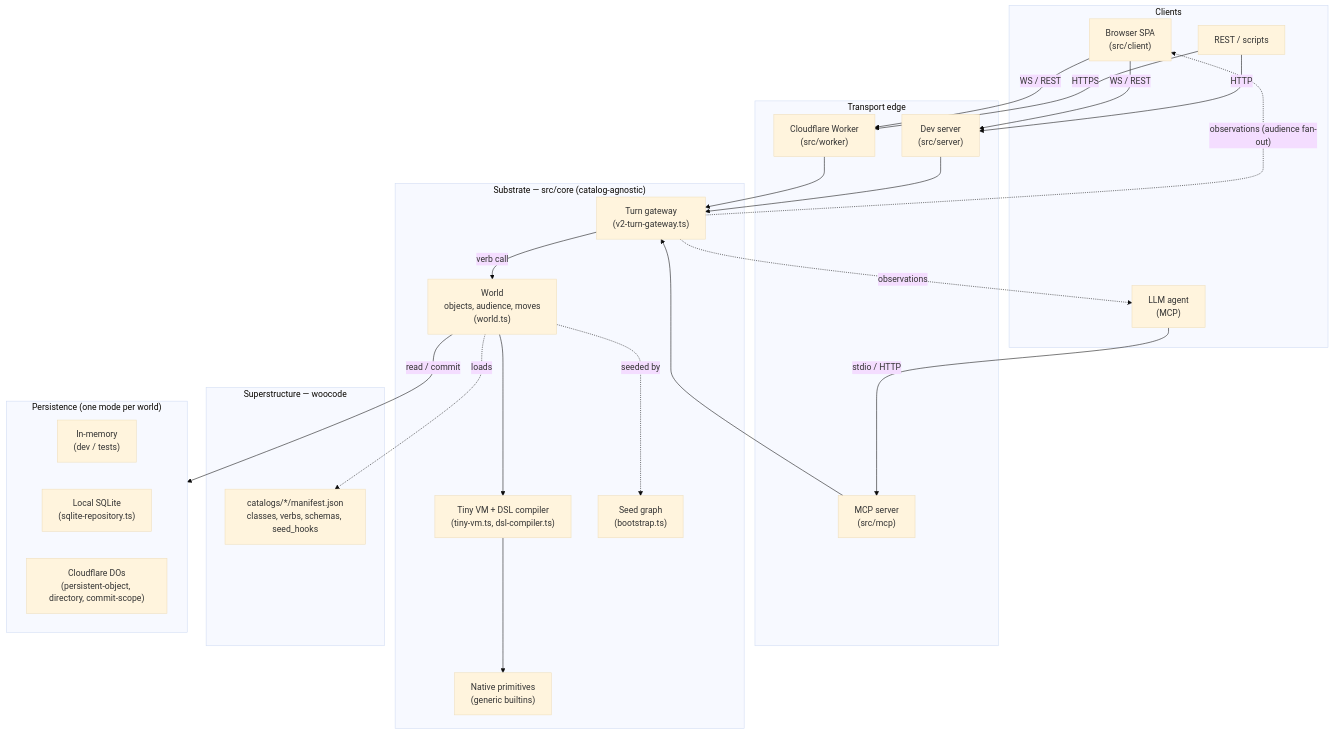
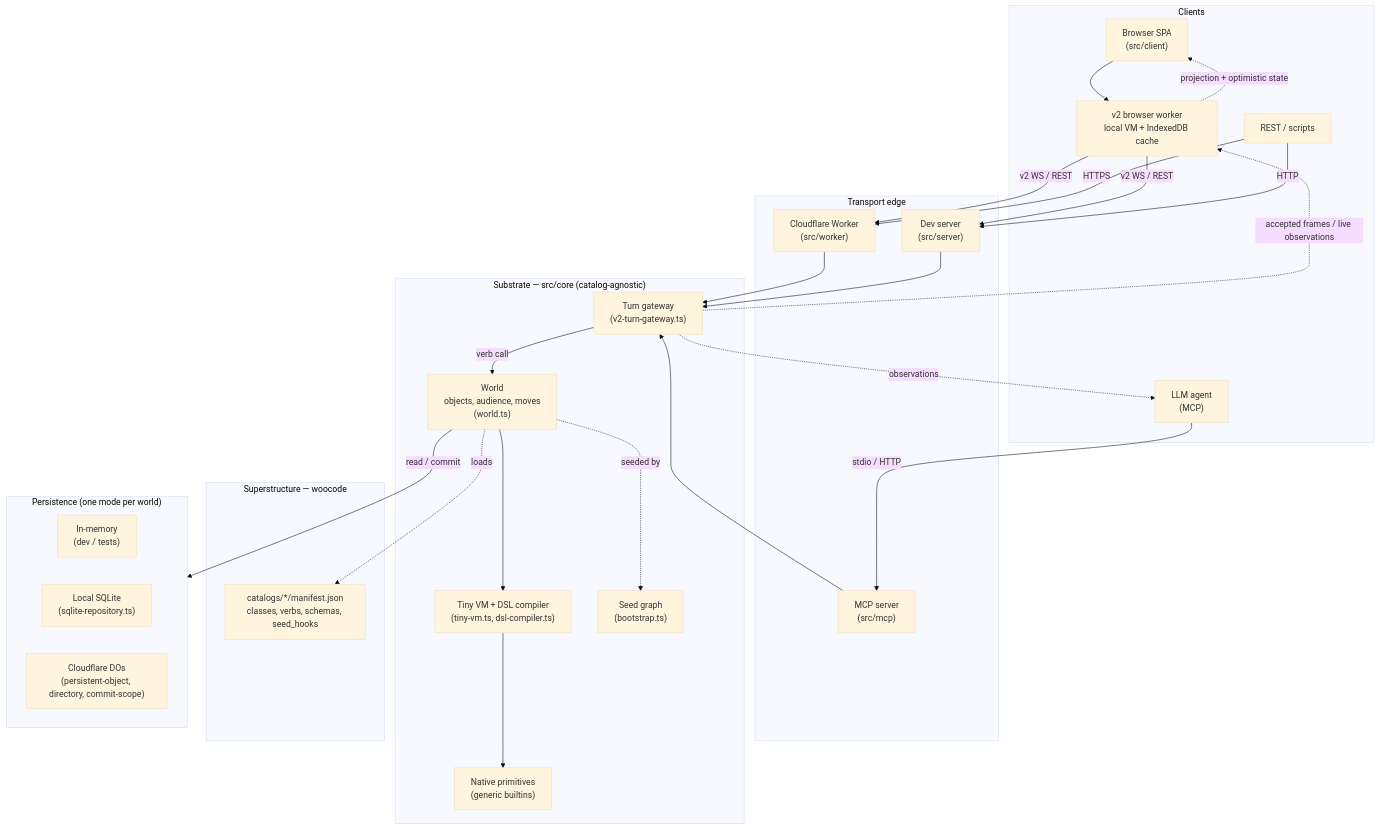
One commit to generalbusiness-ai/woah changed the diagram in docs/architecture.md. Above: the diagram before and after it, drawn with Mermaid (base theme). The commit also changed other lines of this file and 8 other files, not shown here.

````diff
--- a/docs/architecture.md
+++ b/docs/architecture.md
@@ -8,52 +8,55 @@
 ```mermaid
 flowchart TD
     subgraph Clients
         Browser["Browser SPA<br/>(src/client)"]
+        BrowserWorker["v2 browser worker<br/>local VM + IndexedDB cache"]
         Agent["LLM agent<br/>(MCP)"]
         Curl["REST / scripts"]
     end
 
     subgraph Edge["Transport edge"]
         Worker["Cloudflare Worker<br/>(src/worker)"]
         Dev["Dev server<br/>(src/server)"]
         MCP["MCP server<br/>(src/mcp)"]
     end
 
     subgraph Core["Substrate — src/core (catalog-agnostic)"]
         Gateway["Turn gateway<br/>(v2-turn-gateway.ts)"]
         World["World<br/>objects, audience, moves<br/>(world.ts)"]
         VM["Tiny VM + DSL compiler<br/>(tiny-vm.ts, dsl-compiler.ts)"]
         Builtins["Native primitives<br/>(generic builtins)"]
         Seed["Seed graph<br/>(bootstrap.ts)"]
     end
 
     subgraph Wood["Superstructure — woocode"]
         Cats["catalogs/*/manifest.json<br/>classes, verbs, schemas, seed_hooks"]
     end
 
     subgraph Store["Persistence (one mode per world)"]
         InMem["In-memory<br/>(dev / tests)"]
         SQL["Local SQLite<br/>(sqlite-repository.ts)"]
         DO["Cloudflare DOs<br/>(persistent-object, directory, commit-scope)"]
     end
 
-    Browser -->|WS / REST| Worker
-    Browser -->|WS / REST| Dev
+    Browser --> BrowserWorker
+    BrowserWorker -->|v2 WS / REST| Worker
+    BrowserWorker -->|v2 WS / REST| Dev
     Agent -->|stdio / HTTP| MCP
     Curl -->|HTTPS| Worker
     Curl -->|HTTP| Dev
 
     Worker --> Gateway
     Dev --> Gateway
     MCP --> Gateway
 
     Gateway -->|verb call| World
     World --> VM
     VM --> Builtins
     World -. loads .-> Cats
     World -. seeded by .-> Seed
     World -->|read / commit| Store
 
-    Gateway -. "observations (audience fan-out)" .-> Browser
+    Gateway -. "accepted frames / live observations" .-> BrowserWorker
+    BrowserWorker -. "projection + optimistic state" .-> Browser
     Gateway -. observations .-> Agent
 ```
````
